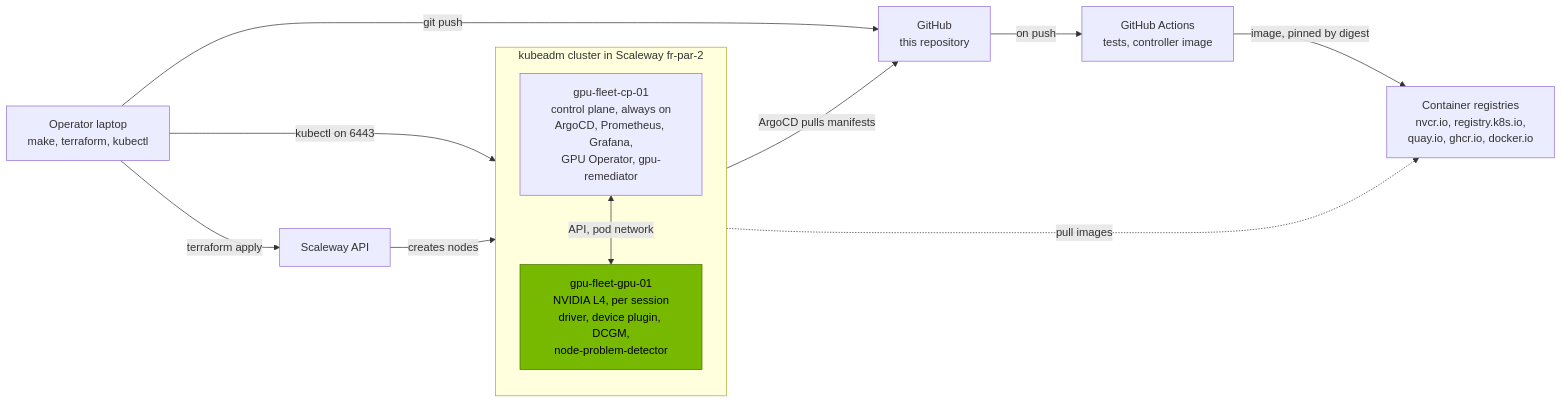
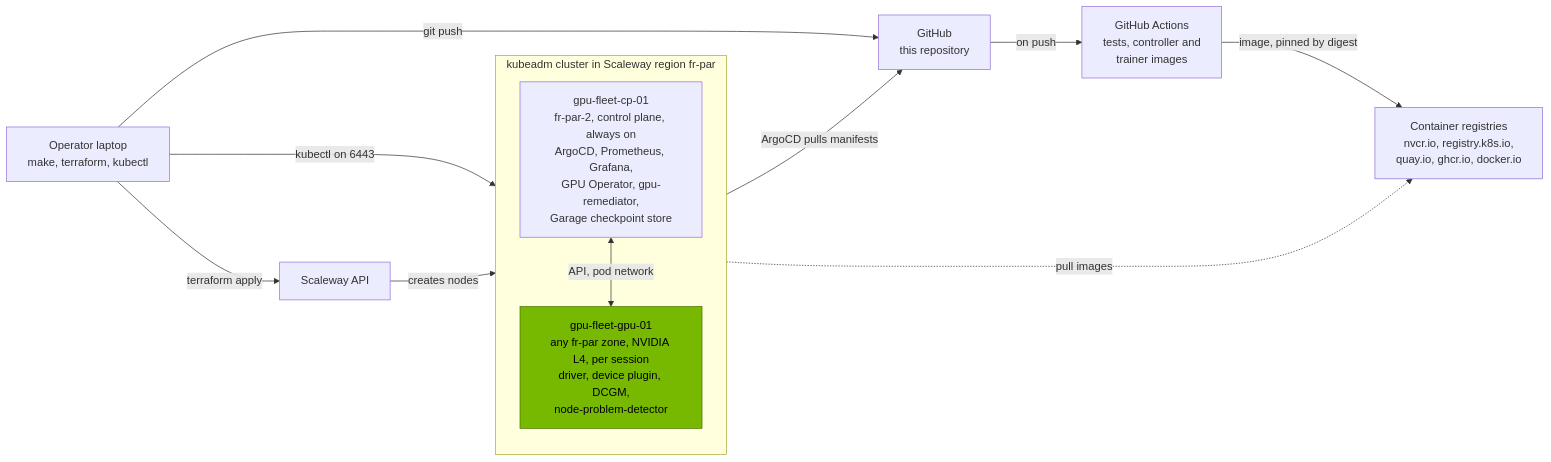
Before and after one commit to yassineteimi/nvidia-gpu-fleet-poc: the diagram in README.md, drawn with Mermaid. The commit also changed other lines of this file and 6 other files, not shown here.

````diff
--- a/README.md
+++ b/README.md
@@ -29,27 +29,27 @@
 ```mermaid
 flowchart LR
   laptop["Operator laptop<br/>make, terraform, kubectl"]
   scw["Scaleway API"]
   gh["GitHub<br/>this repository"]
-  ci["GitHub Actions<br/>tests, controller image"]
+  ci["GitHub Actions<br/>tests, controller and<br/>trainer images"]
   reg["Container registries<br/>nvcr.io, registry.k8s.io,<br/>quay.io, ghcr.io, docker.io"]
 
-  subgraph cluster["kubeadm cluster in Scaleway fr-par-2"]
+  subgraph cluster["kubeadm cluster in Scaleway region fr-par"]
     direction TB
-    cp["gpu-fleet-cp-01<br/>control plane, always on<br/>ArgoCD, Prometheus, Grafana,<br/>GPU Operator, gpu-remediator"]
-    gpu["gpu-fleet-gpu-01<br/>NVIDIA L4, per session<br/>driver, device plugin, DCGM,<br/>node-problem-detector"]
+    cp["gpu-fleet-cp-01<br/>fr-par-2, control plane, always on<br/>ArgoCD, Prometheus, Grafana,<br/>GPU Operator, gpu-remediator,<br/>Garage checkpoint store"]
+    gpu["gpu-fleet-gpu-01<br/>any fr-par zone, NVIDIA L4, per session<br/>driver, device plugin, DCGM,<br/>node-problem-detector"]
     cp <-->|"API, pod network"| gpu
   end
 
   laptop -->|"terraform apply"| scw
   scw -->|"creates nodes"| cluster
   laptop -->|"kubectl on 6443"| cp
   laptop -->|"git push"| gh
   gh -->|"on push"| ci
   ci -->|"image, pinned by digest"| reg
   cp -->|"ArgoCD pulls manifests"| gh
   cluster -.->|"pull images"| reg
 
   classDef nv fill:#76b900,stroke:#4a7300,color:#000
   class gpu nv
 ```
````
